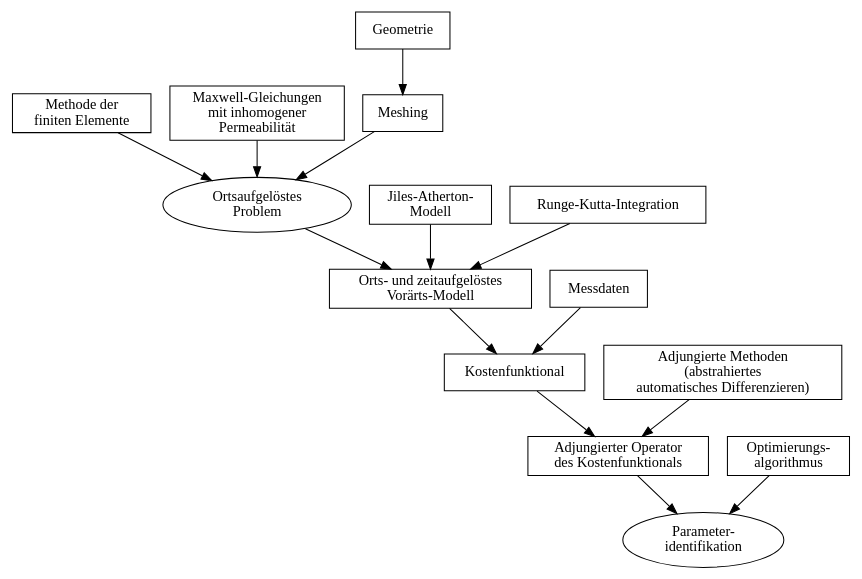
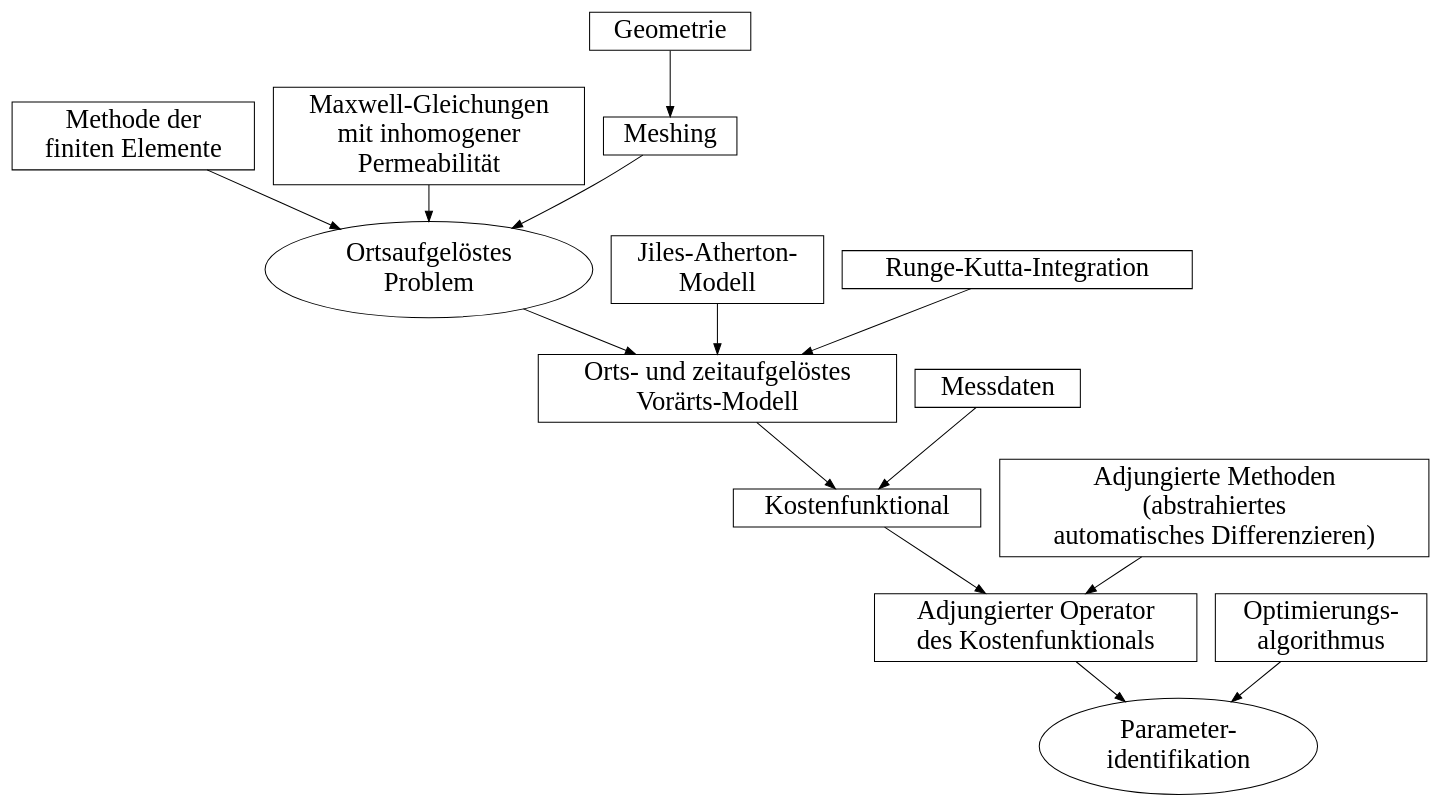
Before and after one commit to adrianschneider94/forschungspraktikum: the diagram in documentation/vorgehen_ort.dot, drawn with Graphviz. The commit also changed 32 other files, not shown here.

```diff
--- a/documentation/vorgehen_ort.dot
+++ b/documentation/vorgehen_ort.dot
@@ -1,33 +1,33 @@
 digraph vorgehen_ort {
 	graph [rankdir=TD];
-	node [shape=box];
+	node [shape=box, fontsize=26];
 	
 	fem [label="Methode der\nfiniten Elemente"];
 	maxwell [label="Maxwell-Gleichungen\nmit inhomogener\nPermeabilität"];
 	geometry [label="Geometrie"];
 	meshing [label="Meshing"];
 	problem [shape=ellipse, label="Ortsaufgelöstes\nProblem"];
 	ja [label="Jiles-Atherton-\nModell"];
 	rk [label="Runge-Kutta-Integration"];
 	ort_zeit [label="Orts- und zeitaufgelöstes\nVorärts-Modell"];
 	data [label="Messdaten"];
 	cost [label="Kostenfunktional"];
 	adjoint_methods [label="Adjungierte Methoden\n(abstrahiertes\nautomatisches Differenzieren)"];
 	adjoint [label="Adjungierter Operator\ndes Kostenfunktionals"];
 	opt [label="Optimierungs-\nalgorithmus"];
 	identification [shape=ellipse, label="Parameter-\nidentifikation"];
 	
 	fem -> problem;
 	maxwell -> problem;
 	geometry -> meshing;
 	meshing -> problem;
 	problem -> ort_zeit;
 	ja -> ort_zeit;
 	rk -> ort_zeit;
 	ort_zeit -> cost;
 	data -> cost;
 	adjoint_methods -> adjoint;
 	cost -> adjoint;
 	adjoint -> identification;
 	opt -> identification;
 }
```
